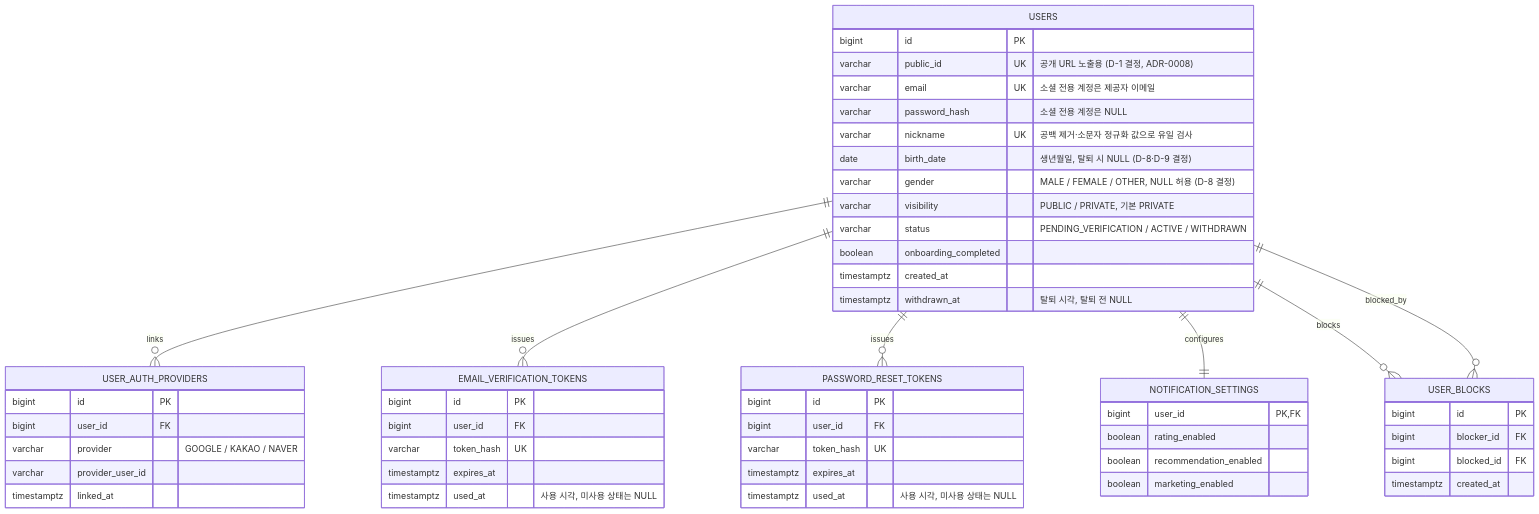
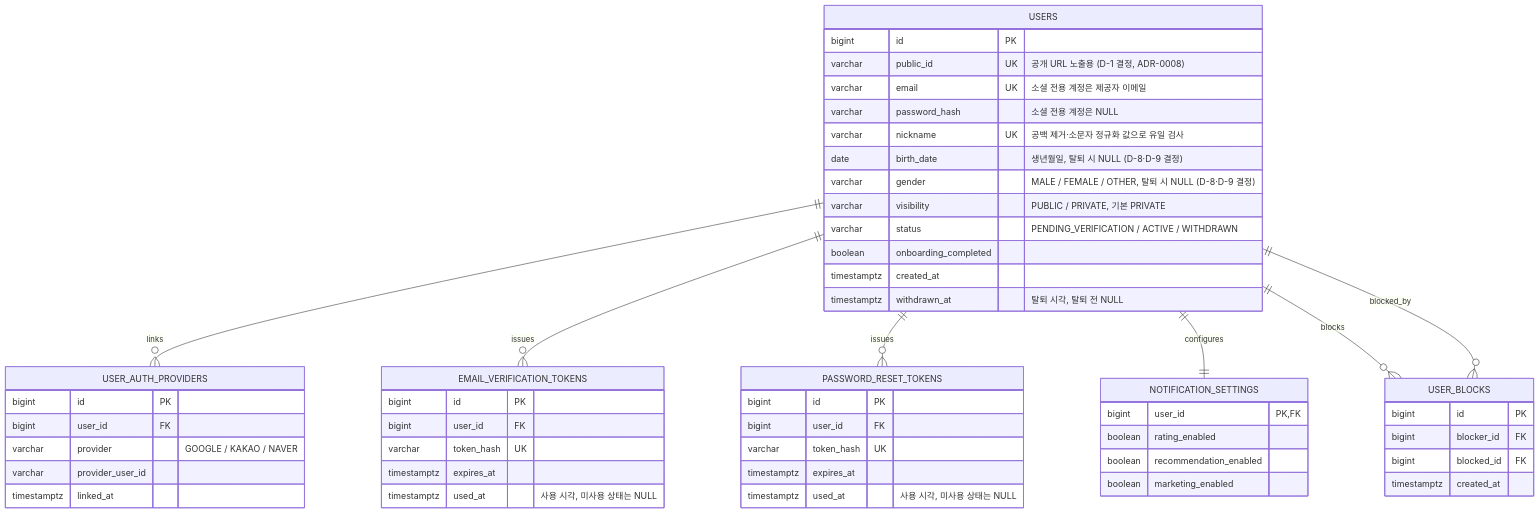
Before and after one commit to koongya-studio/feelm: the second of 8 diagrams in docs/erd.md, drawn with Mermaid. The commit also changed other lines of this file and 29 other files, not shown here.

````diff
--- a/docs/erd.md
+++ b/docs/erd.md
@@ -49,57 +49,57 @@
 ```mermaid
 erDiagram
     USERS {
         bigint id PK
         varchar public_id UK "공개 URL 노출용 (D-1 결정, ADR-0008)"
         varchar email UK "소셜 전용 계정은 제공자 이메일"
         varchar password_hash "소셜 전용 계정은 NULL"
         varchar nickname UK "공백 제거·소문자 정규화 값으로 유일 검사"
         date birth_date "생년월일, 탈퇴 시 NULL (D-8·D-9 결정)"
-        varchar gender "MALE / FEMALE / OTHER, NULL 허용 (D-8 결정)"
+        varchar gender "MALE / FEMALE / OTHER, 탈퇴 시 NULL (D-8·D-9 결정)"
         varchar visibility "PUBLIC / PRIVATE, 기본 PRIVATE"
         varchar status "PENDING_VERIFICATION / ACTIVE / WITHDRAWN"
         boolean onboarding_completed
         timestamptz created_at
         timestamptz withdrawn_at "탈퇴 시각, 탈퇴 전 NULL"
     }
     USER_AUTH_PROVIDERS {
         bigint id PK
         bigint user_id FK
         varchar provider "GOOGLE / KAKAO / NAVER"
         varchar provider_user_id
         timestamptz linked_at
     }
     EMAIL_VERIFICATION_TOKENS {
         bigint id PK
         bigint user_id FK
         varchar token_hash UK
         timestamptz expires_at
         timestamptz used_at "사용 시각, 미사용 상태는 NULL"
     }
     PASSWORD_RESET_TOKENS {
         bigint id PK
         bigint user_id FK
         varchar token_hash UK
         timestamptz expires_at
         timestamptz used_at "사용 시각, 미사용 상태는 NULL"
     }
     NOTIFICATION_SETTINGS {
         bigint user_id PK, FK
         boolean rating_enabled
         boolean recommendation_enabled
         boolean marketing_enabled
     }
     USER_BLOCKS {
         bigint id PK
         bigint blocker_id FK
         bigint blocked_id FK
         timestamptz created_at
     }
 
     USERS ||--o{ USER_AUTH_PROVIDERS : links
     USERS ||--o{ EMAIL_VERIFICATION_TOKENS : issues
     USERS ||--o{ PASSWORD_RESET_TOKENS : issues
     USERS ||--|| NOTIFICATION_SETTINGS : configures
     USERS ||--o{ USER_BLOCKS : blocks
     USERS ||--o{ USER_BLOCKS : blocked_by
 ```
````
